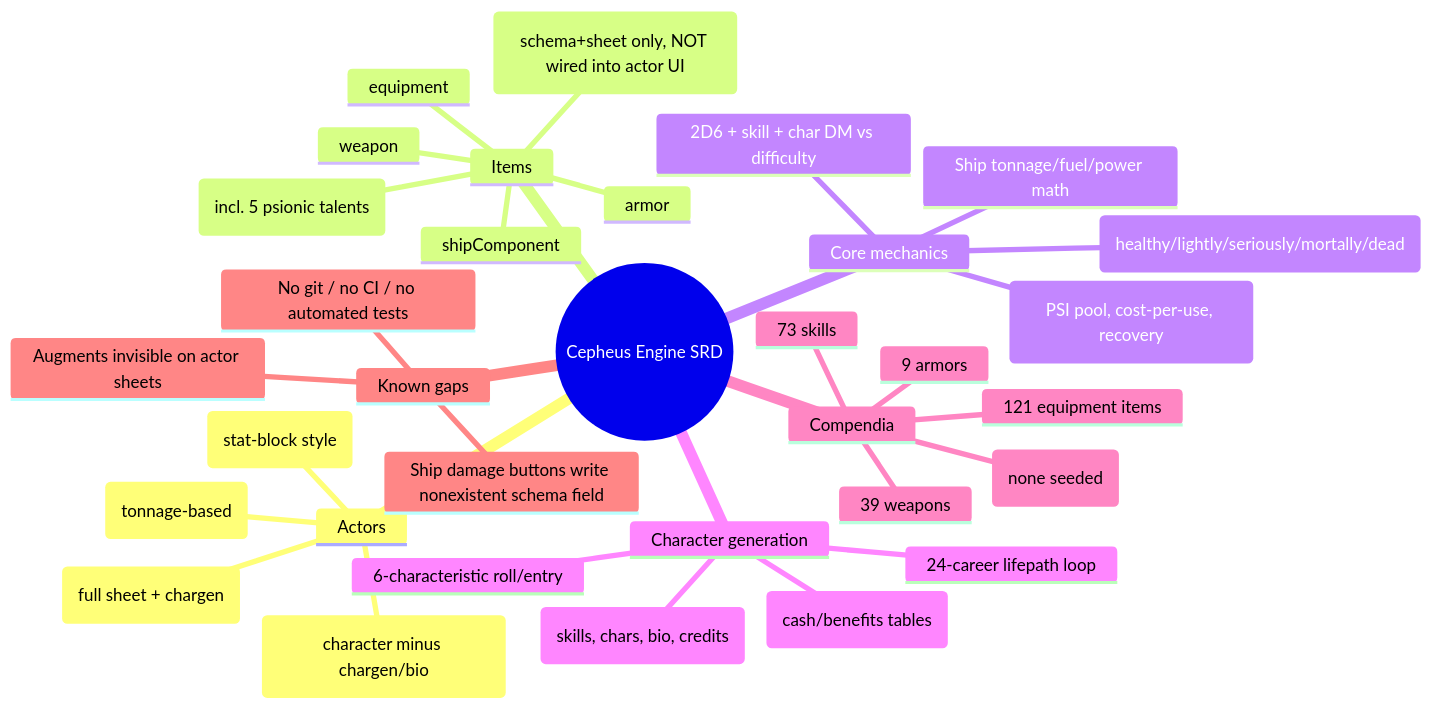
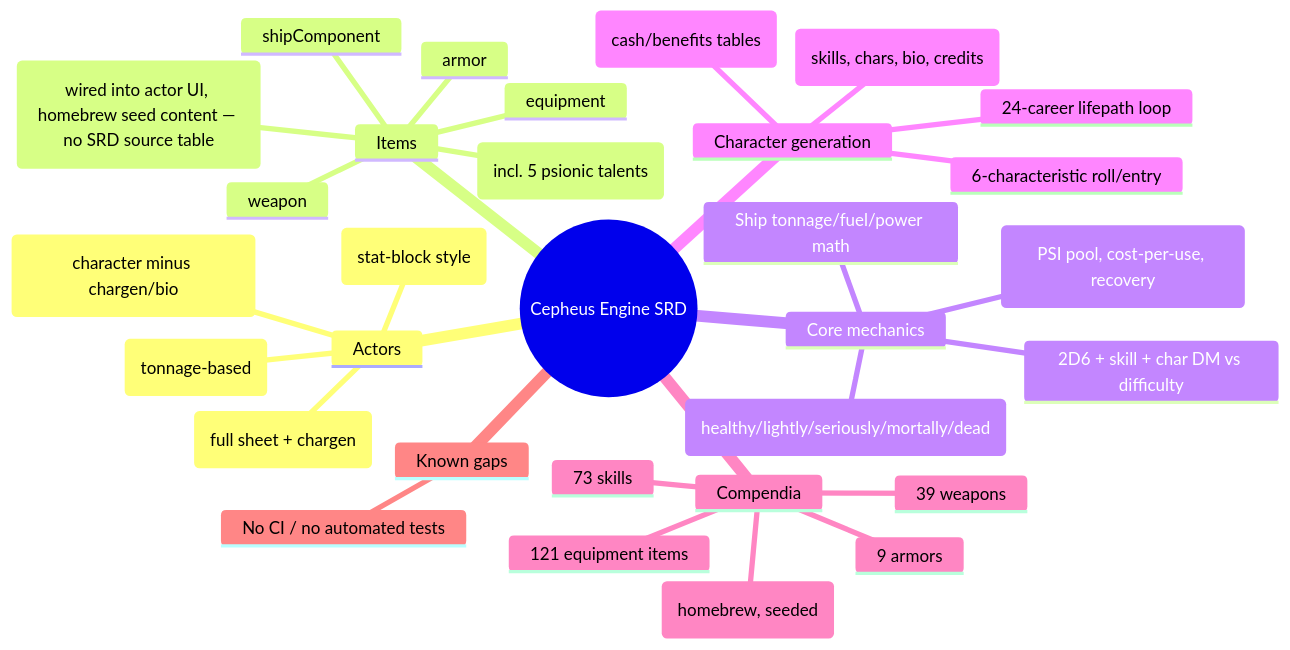
Before and after one commit to JoshuaErney/cepheus-engine: the diagram in PROJECT_STATUS.md, drawn with Mermaid. The commit also changed other lines of this file and 6 other files, not shown here.

First line of the commit message:
Fix ship damage buttons and wire up augment items

````diff
--- a/PROJECT_STATUS.md
+++ b/PROJECT_STATUS.md
@@ -16,36 +16,34 @@
 ```mermaid
 mindmap
   root((Cepheus Engine SRD))
     Actors
       character (full sheet + chargen)
       npc (character minus chargen/bio)
       creature (stat-block style)
       ship (tonnage-based)
     Items
       skill (incl. 5 psionic talents)
       weapon
       armor
       equipment
-      augment (schema+sheet only, NOT wired into actor UI)
+      augment (wired into actor UI, homebrew seed content — no SRD source table)
       shipComponent
     Core mechanics
       2D6 + skill + char DM vs difficulty
       Wound states (healthy/lightly/seriously/mortally/dead)
       Psionics (PSI pool, cost-per-use, recovery)
       Ship tonnage/fuel/power math
     Character generation
       6-characteristic roll/entry
       24-career lifepath loop
       Muster-out (cash/benefits tables)
       Apply-to-actor (skills, chars, bio, credits)
     Compendia
       73 skills
       39 weapons
       9 armors
       121 equipment items
-      0 augments (none seeded)
+      12 augments (homebrew, seeded)
     Known gaps
-      Ship damage buttons write nonexistent schema field
-      Augments invisible on actor sheets
-      No git / no CI / no automated tests
+      No CI / no automated tests
 ```
````
